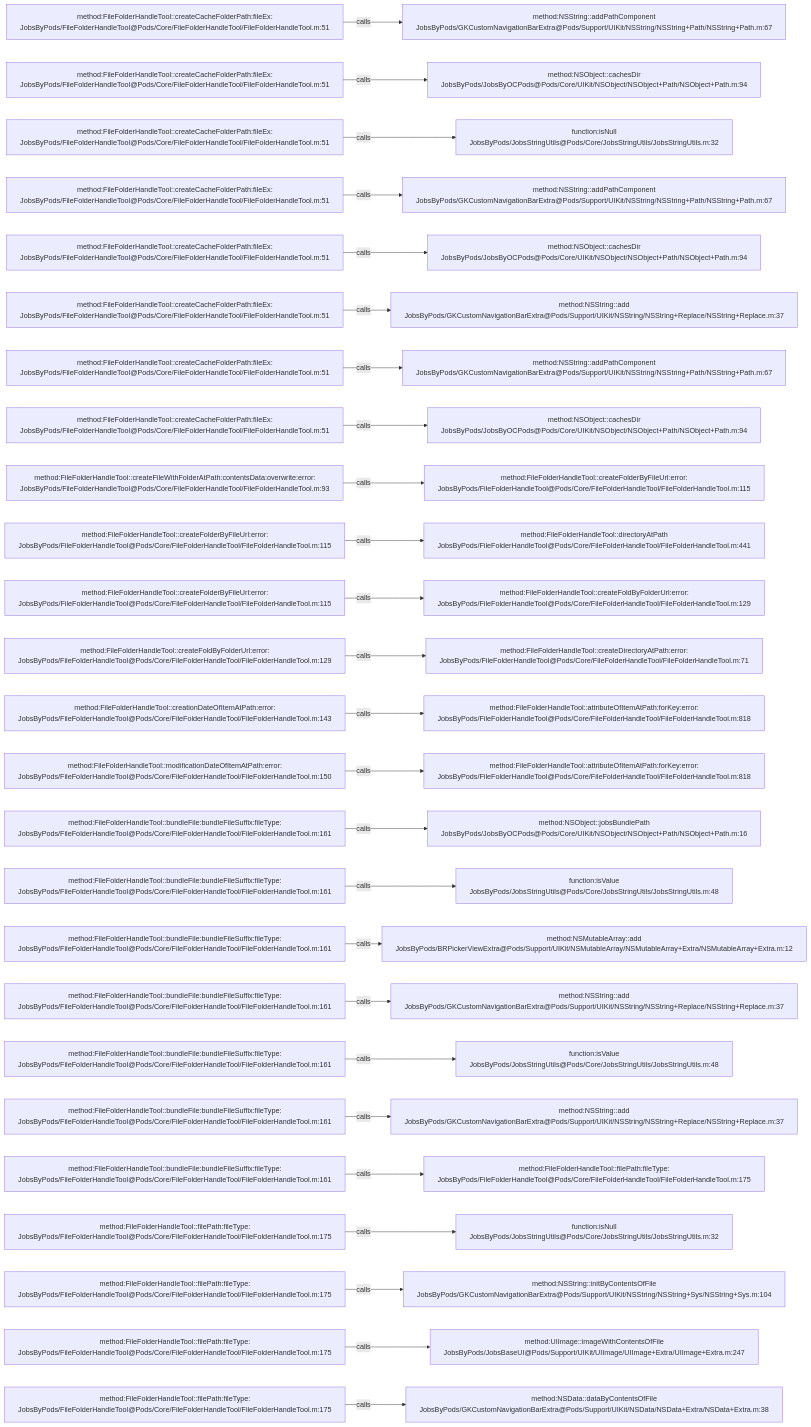
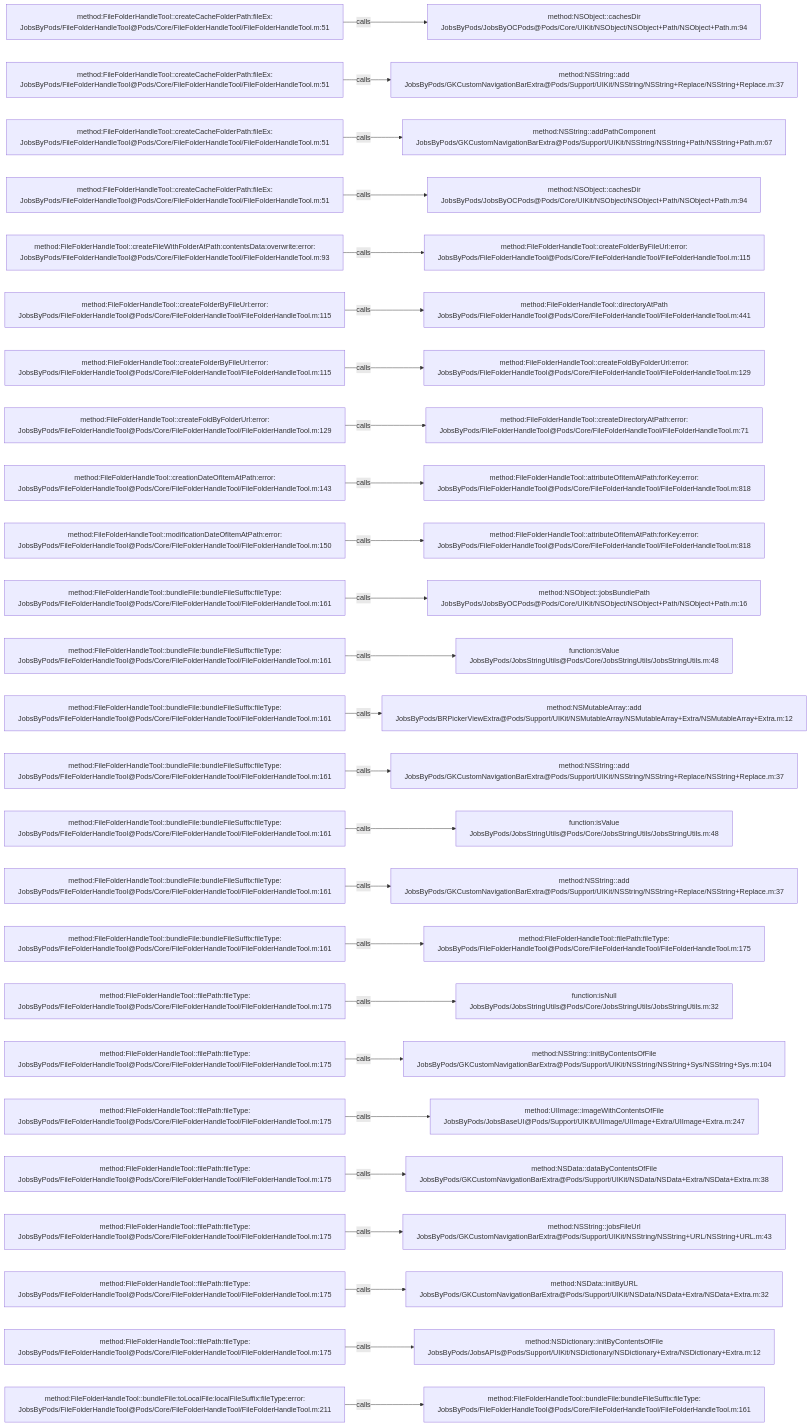
Before and after one commit to JobsKits/JobsOCBaseConfigDemo: the diagram in .codegraph/codegraph.md/graphs/calls-005.md, drawn with Mermaid. The commit also changed 223 other files, not shown here.

````diff
--- a/.codegraph/codegraph.md/graphs/calls-005.md
+++ b/.codegraph/codegraph.md/graphs/calls-005.md
@@ -13,78 +13,78 @@
 ```mermaid
 flowchart LR
   S1["method:FileFolderHandleTool::createCacheFolderPath:fileEx:<br/>JobsByPods/FileFolderHandleTool@Pods/Core/FileFolderHandleTool/FileFolderHandleTool.m:51"]
-  T1["method:NSString::addPathComponent<br/>JobsByPods/GKCustomNavigationBarExtra@Pods/Support/UIKit/NSString/NSString+Path/NSString+Path.m:67"]
+  T1["method:NSObject::cachesDir<br/>JobsByPods/JobsByOCPods@Pods/Core/UIKit/NSObject/NSObject+Path/NSObject+Path.m:94"]
   S1 -->|calls| T1
   S2["method:FileFolderHandleTool::createCacheFolderPath:fileEx:<br/>JobsByPods/FileFolderHandleTool@Pods/Core/FileFolderHandleTool/FileFolderHandleTool.m:51"]
-  T2["method:NSObject::cachesDir<br/>JobsByPods/JobsByOCPods@Pods/Core/UIKit/NSObject/NSObject+Path/NSObject+Path.m:94"]
+  T2["method:NSString::add<br/>JobsByPods/GKCustomNavigationBarExtra@Pods/Support/UIKit/NSString/NSString+Replace/NSString+Replace.m:37"]
   S2 -->|calls| T2
   S3["method:FileFolderHandleTool::createCacheFolderPath:fileEx:<br/>JobsByPods/FileFolderHandleTool@Pods/Core/FileFolderHandleTool/FileFolderHandleTool.m:51"]
-  T3["function:isNull<br/>JobsByPods/JobsStringUtils@Pods/Core/JobsStringUtils/JobsStringUtils.m:32"]
+  T3["method:NSString::addPathComponent<br/>JobsByPods/GKCustomNavigationBarExtra@Pods/Support/UIKit/NSString/NSString+Path/NSString+Path.m:67"]
   S3 -->|calls| T3
   S4["method:FileFolderHandleTool::createCacheFolderPath:fileEx:<br/>JobsByPods/FileFolderHandleTool@Pods/Core/FileFolderHandleTool/FileFolderHandleTool.m:51"]
-  T4["method:NSString::addPathComponent<br/>JobsByPods/GKCustomNavigationBarExtra@Pods/Support/UIKit/NSString/NSString+Path/NSString+Path.m:67"]
+  T4["method:NSObject::cachesDir<br/>JobsByPods/JobsByOCPods@Pods/Core/UIKit/NSObject/NSObject+Path/NSObject+Path.m:94"]
   S4 -->|calls| T4
-  S5["method:FileFolderHandleTool::createCacheFolderPath:fileEx:<br/>JobsByPods/FileFolderHandleTool@Pods/Core/FileFolderHandleTool/FileFolderHandleTool.m:51"]
-  T5["method:NSObject::cachesDir<br/>JobsByPods/JobsByOCPods@Pods/Core/UIKit/NSObject/NSObject+Path/NSObject+Path.m:94"]
+  S5["method:FileFolderHandleTool::createFileWithFolderAtPath:contentsData:overwrite:error:<br/>JobsByPods/FileFolderHandleTool@Pods/Core/FileFolderHandleTool/FileFolderHandleTool.m:93"]
+  T5["method:FileFolderHandleTool::createFolderByFileUrl:error:<br/>JobsByPods/FileFolderHandleTool@Pods/Core/FileFolderHandleTool/FileFolderHandleTool.m:115"]
   S5 -->|calls| T5
-  S6["method:FileFolderHandleTool::createCacheFolderPath:fileEx:<br/>JobsByPods/FileFolderHandleTool@Pods/Core/FileFolderHandleTool/FileFolderHandleTool.m:51"]
-  T6["method:NSString::add<br/>JobsByPods/GKCustomNavigationBarExtra@Pods/Support/UIKit/NSString/NSString+Replace/NSString+Replace.m:37"]
+  S6["method:FileFolderHandleTool::createFolderByFileUrl:error:<br/>JobsByPods/FileFolderHandleTool@Pods/Core/FileFolderHandleTool/FileFolderHandleTool.m:115"]
+  T6["method:FileFolderHandleTool::directoryAtPath<br/>JobsByPods/FileFolderHandleTool@Pods/Core/FileFolderHandleTool/FileFolderHandleTool.m:441"]
   S6 -->|calls| T6
-  S7["method:FileFolderHandleTool::createCacheFolderPath:fileEx:<br/>JobsByPods/FileFolderHandleTool@Pods/Core/FileFolderHandleTool/FileFolderHandleTool.m:51"]
-  T7["method:NSString::addPathComponent<br/>JobsByPods/GKCustomNavigationBarExtra@Pods/Support/UIKit/NSString/NSString+Path/NSString+Path.m:67"]
+  S7["method:FileFolderHandleTool::createFolderByFileUrl:error:<br/>JobsByPods/FileFolderHandleTool@Pods/Core/FileFolderHandleTool/FileFolderHandleTool.m:115"]
+  T7["method:FileFolderHandleTool::createFoldByFolderUrl:error:<br/>JobsByPods/FileFolderHandleTool@Pods/Core/FileFolderHandleTool/FileFolderHandleTool.m:129"]
   S7 -->|calls| T7
-  S8["method:FileFolderHandleTool::createCacheFolderPath:fileEx:<br/>JobsByPods/FileFolderHandleTool@Pods/Core/FileFolderHandleTool/FileFolderHandleTool.m:51"]
-  T8["method:NSObject::cachesDir<br/>JobsByPods/JobsByOCPods@Pods/Core/UIKit/NSObject/NSObject+Path/NSObject+Path.m:94"]
+  S8["method:FileFolderHandleTool::createFoldByFolderUrl:error:<br/>JobsByPods/FileFolderHandleTool@Pods/Core/FileFolderHandleTool/FileFolderHandleTool.m:129"]
+  T8["method:FileFolderHandleTool::createDirectoryAtPath:error:<br/>JobsByPods/FileFolderHandleTool@Pods/Core/FileFolderHandleTool/FileFolderHandleTool.m:71"]
   S8 -->|calls| T8
-  S9["method:FileFolderHandleTool::createFileWithFolderAtPath:contentsData:overwrite:error:<br/>JobsByPods/FileFolderHandleTool@Pods/Core/FileFolderHandleTool/FileFolderHandleTool.m:93"]
-  T9["method:FileFolderHandleTool::createFolderByFileUrl:error:<br/>JobsByPods/FileFolderHandleTool@Pods/Core/FileFolderHandleTool/FileFolderHandleTool.m:115"]
+  S9["method:FileFolderHandleTool::creationDateOfItemAtPath:error:<br/>JobsByPods/FileFolderHandleTool@Pods/Core/FileFolderHandleTool/FileFolderHandleTool.m:143"]
+  T9["method:FileFolderHandleTool::attributeOfItemAtPath:forKey:error:<br/>JobsByPods/FileFolderHandleTool@Pods/Core/FileFolderHandleTool/FileFolderHandleTool.m:818"]
   S9 -->|calls| T9
-  S10["method:FileFolderHandleTool::createFolderByFileUrl:error:<br/>JobsByPods/FileFolderHandleTool@Pods/Core/FileFolderHandleTool/FileFolderHandleTool.m:115"]
-  T10["method:FileFolderHandleTool::directoryAtPath<br/>JobsByPods/FileFolderHandleTool@Pods/Core/FileFolderHandleTool/FileFolderHandleTool.m:441"]
+  S10["method:FileFolderHandleTool::modificationDateOfItemAtPath:error:<br/>JobsByPods/FileFolderHandleTool@Pods/Core/FileFolderHandleTool/FileFolderHandleTool.m:150"]
+  T10["method:FileFolderHandleTool::attributeOfItemAtPath:forKey:error:<br/>JobsByPods/FileFolderHandleTool@Pods/Core/FileFolderHandleTool/FileFolderHandleTool.m:818"]
   S10 -->|calls| T10
-  S11["method:FileFolderHandleTool::createFolderByFileUrl:error:<br/>JobsByPods/FileFolderHandleTool@Pods/Core/FileFolderHandleTool/FileFolderHandleTool.m:115"]
-  T11["method:FileFolderHandleTool::createFoldByFolderUrl:error:<br/>JobsByPods/FileFolderHandleTool@Pods/Core/FileFolderHandleTool/FileFolderHandleTool.m:129"]
+  S11["method:FileFolderHandleTool::bundleFile:bundleFileSuffix:fileType:<br/>JobsByPods/FileFolderHandleTool@Pods/Core/FileFolderHandleTool/FileFolderHandleTool.m:161"]
+  T11["method:NSObject::jobsBundlePath<br/>JobsByPods/JobsByOCPods@Pods/Core/UIKit/NSObject/NSObject+Path/NSObject+Path.m:16"]
   S11 -->|calls| T11
-  S12["method:FileFolderHandleTool::createFoldByFolderUrl:error:<br/>JobsByPods/FileFolderHandleTool@Pods/Core/FileFolderHandleTool/FileFolderHandleTool.m:129"]
-  T12["method:FileFolderHandleTool::createDirectoryAtPath:error:<br/>JobsByPods/FileFolderHandleTool@Pods/Core/FileFolderHandleTool/FileFolderHandleTool.m:71"]
+  S12["method:FileFolderHandleTool::bundleFile:bundleFileSuffix:fileType:<br/>JobsByPods/FileFolderHandleTool@Pods/Core/FileFolderHandleTool/FileFolderHandleTool.m:161"]
+  T12["function:isValue<br/>JobsByPods/JobsStringUtils@Pods/Core/JobsStringUtils/JobsStringUtils.m:48"]
   S12 -->|calls| T12
-  S13["method:FileFolderHandleTool::creationDateOfItemAtPath:error:<br/>JobsByPods/FileFolderHandleTool@Pods/Core/FileFolderHandleTool/FileFolderHandleTool.m:143"]
-  T13["method:FileFolderHandleTool::attributeOfItemAtPath:forKey:error:<br/>JobsByPods/FileFolderHandleTool@Pods/Core/FileFolderHandleTool/FileFolderHandleTool.m:818"]
+  S13["method:FileFolderHandleTool::bundleFile:bundleFileSuffix:fileType:<br/>JobsByPods/FileFolderHandleTool@Pods/Core/FileFolderHandleTool/FileFolderHandleTool.m:161"]
+  T13["method:NSMutableArray::add<br/>JobsByPods/BRPickerViewExtra@Pods/Support/UIKit/NSMutableArray/NSMutableArray+Extra/NSMutableArray+Extra.m:12"]
   S13 -->|calls| T13
-  S14["method:FileFolderHandleTool::modificationDateOfItemAtPath:error:<br/>JobsByPods/FileFolderHandleTool@Pods/Core/FileFolderHandleTool/FileFolderHandleTool.m:150"]
-  T14["method:FileFolderHandleTool::attributeOfItemAtPath:forKey:error:<br/>JobsByPods/FileFolderHandleTool@Pods/Core/FileFolderHandleTool/FileFolderHandleTool.m:818"]
+  S14["method:FileFolderHandleTool::bundleFile:bundleFileSuffix:fileType:<br/>JobsByPods/FileFolderHandleTool@Pods/Core/FileFolderHandleTool/FileFolderHandleTool.m:161"]
+  T14["method:NSString::add<br/>JobsByPods/GKCustomNavigationBarExtra@Pods/Support/UIKit/NSString/NSString+Replace/NSString+Replace.m:37"]
   S14 -->|calls| T14
   S15["method:FileFolderHandleTool::bundleFile:bundleFileSuffix:fileType:<br/>JobsByPods/FileFolderHandleTool@Pods/Core/FileFolderHandleTool/FileFolderHandleTool.m:161"]
-  T15["method:NSObject::jobsBundlePath<br/>JobsByPods/JobsByOCPods@Pods/Core/UIKit/NSObject/NSObject+Path/NSObject+Path.m:16"]
+  T15["function:isValue<br/>JobsByPods/JobsStringUtils@Pods/Core/JobsStringUtils/JobsStringUtils.m:48"]
   S15 -->|calls| T15
   S16["method:FileFolderHandleTool::bundleFile:bundleFileSuffix:fileType:<br/>JobsByPods/FileFolderHandleTool@Pods/Core/FileFolderHandleTool/FileFolderHandleTool.m:161"]
-  T16["function:isValue<br/>JobsByPods/JobsStringUtils@Pods/Core/JobsStringUtils/JobsStringUtils.m:48"]
+  T16["method:NSString::add<br/>JobsByPods/GKCustomNavigationBarExtra@Pods/Support/UIKit/NSString/NSString+Replace/NSString+Replace.m:37"]
   S16 -->|calls| T16
   S17["method:FileFolderHandleTool::bundleFile:bundleFileSuffix:fileType:<br/>JobsByPods/FileFolderHandleTool@Pods/Core/FileFolderHandleTool/FileFolderHandleTool.m:161"]
-  T17["method:NSMutableArray::add<br/>JobsByPods/BRPickerViewExtra@Pods/Support/UIKit/NSMutableArray/NSMutableArray+Extra/NSMutableArray+Extra.m:12"]
+  T17["method:FileFolderHandleTool::filePath:fileType:<br/>JobsByPods/FileFolderHandleTool@Pods/Core/FileFolderHandleTool/FileFolderHandleTool.m:175"]
   S17 -->|calls| T17
-  S18["method:FileFolderHandleTool::bundleFile:bundleFileSuffix:fileType:<br/>JobsByPods/FileFolderHandleTool@Pods/Core/FileFolderHandleTool/FileFolderHandleTool.m:161"]
-  T18["method:NSString::add<br/>JobsByPods/GKCustomNavigationBarExtra@Pods/Support/UIKit/NSString/NSString+Replace/NSString+Replace.m:37"]
+  S18["method:FileFolderHandleTool::filePath:fileType:<br/>JobsByPods/FileFolderHandleTool@Pods/Core/FileFolderHandleTool/FileFolderHandleTool.m:175"]
+  T18["function:isNull<br/>JobsByPods/JobsStringUtils@Pods/Core/JobsStringUtils/JobsStringUtils.m:32"]
   S18 -->|calls| T18
-  S19["method:FileFolderHandleTool::bundleFile:bundleFileSuffix:fileType:<br/>JobsByPods/FileFolderHandleTool@Pods/Core/FileFolderHandleTool/FileFolderHandleTool.m:161"]
-  T19["function:isValue<br/>JobsByPods/JobsStringUtils@Pods/Core/JobsStringUtils/JobsStringUtils.m:48"]
+  S19["method:FileFolderHandleTool::filePath:fileType:<br/>JobsByPods/FileFolderHandleTool@Pods/Core/FileFolderHandleTool/FileFolderHandleTool.m:175"]
+  T19["method:NSString::initByContentsOfFile<br/>JobsByPods/GKCustomNavigationBarExtra@Pods/Support/UIKit/NSString/NSString+Sys/NSString+Sys.m:104"]
   S19 -->|calls| T19
-  S20["method:FileFolderHandleTool::bundleFile:bundleFileSuffix:fileType:<br/>JobsByPods/FileFolderHandleTool@Pods/Core/FileFolderHandleTool/FileFolderHandleTool.m:161"]
-  T20["method:NSString::add<br/>JobsByPods/GKCustomNavigationBarExtra@Pods/Support/UIKit/NSString/NSString+Replace/NSString+Replace.m:37"]
+  S20["method:FileFolderHandleTool::filePath:fileType:<br/>JobsByPods/FileFolderHandleTool@Pods/Core/FileFolderHandleTool/FileFolderHandleTool.m:175"]
+  T20["method:UIImage::imageWithContentsOfFile<br/>JobsByPods/JobsBaseUI@Pods/Support/UIKit/UIImage/UIImage+Extra/UIImage+Extra.m:247"]
   S20 -->|calls| T20
-  S21["method:FileFolderHandleTool::bundleFile:bundleFileSuffix:fileType:<br/>JobsByPods/FileFolderHandleTool@Pods/Core/FileFolderHandleTool/FileFolderHandleTool.m:161"]
-  T21["method:FileFolderHandleTool::filePath:fileType:<br/>JobsByPods/FileFolderHandleTool@Pods/Core/FileFolderHandleTool/FileFolderHandleTool.m:175"]
+  S21["method:FileFolderHandleTool::filePath:fileType:<br/>JobsByPods/FileFolderHandleTool@Pods/Core/FileFolderHandleTool/FileFolderHandleTool.m:175"]
+  T21["method:NSData::dataByContentsOfFile<br/>JobsByPods/GKCustomNavigationBarExtra@Pods/Support/UIKit/NSData/NSData+Extra/NSData+Extra.m:38"]
   S21 -->|calls| T21
   S22["method:FileFolderHandleTool::filePath:fileType:<br/>JobsByPods/FileFolderHandleTool@Pods/Core/FileFolderHandleTool/FileFolderHandleTool.m:175"]
-  T22["function:isNull<br/>JobsByPods/JobsStringUtils@Pods/Core/JobsStringUtils/JobsStringUtils.m:32"]
+  T22["method:NSString::jobsFileUrl<br/>JobsByPods/GKCustomNavigationBarExtra@Pods/Support/UIKit/NSString/NSString+URL/NSString+URL.m:43"]
   S22 -->|calls| T22
   S23["method:FileFolderHandleTool::filePath:fileType:<br/>JobsByPods/FileFolderHandleTool@Pods/Core/FileFolderHandleTool/FileFolderHandleTool.m:175"]
-  T23["method:NSString::initByContentsOfFile<br/>JobsByPods/GKCustomNavigationBarExtra@Pods/Support/UIKit/NSString/NSString+Sys/NSString+Sys.m:104"]
+  T23["method:NSData::initByURL<br/>JobsByPods/GKCustomNavigationBarExtra@Pods/Support/UIKit/NSData/NSData+Extra/NSData+Extra.m:32"]
   S23 -->|calls| T23
   S24["method:FileFolderHandleTool::filePath:fileType:<br/>JobsByPods/FileFolderHandleTool@Pods/Core/FileFolderHandleTool/FileFolderHandleTool.m:175"]
-  T24["method:UIImage::imageWithContentsOfFile<br/>JobsByPods/JobsBaseUI@Pods/Support/UIKit/UIImage/UIImage+Extra/UIImage+Extra.m:247"]
+  T24["method:NSDictionary::initByContentsOfFile<br/>JobsByPods/JobsAPIs@Pods/Support/UIKit/NSDictionary/NSDictionary+Extra/NSDictionary+Extra.m:12"]
   S24 -->|calls| T24
-  S25["method:FileFolderHandleTool::filePath:fileType:<br/>JobsByPods/FileFolderHandleTool@Pods/Core/FileFolderHandleTool/FileFolderHandleTool.m:175"]
-  T25["method:NSData::dataByContentsOfFile<br/>JobsByPods/GKCustomNavigationBarExtra@Pods/Support/UIKit/NSData/NSData+Extra/NSData+Extra.m:38"]
+  S25["method:FileFolderHandleTool::bundleFile:toLocalFile:localFileSuffix:fileType:error:<br/>JobsByPods/FileFolderHandleTool@Pods/Core/FileFolderHandleTool/FileFolderHandleTool.m:211"]
+  T25["method:FileFolderHandleTool::bundleFile:bundleFileSuffix:fileType:<br/>JobsByPods/FileFolderHandleTool@Pods/Core/FileFolderHandleTool/FileFolderHandleTool.m:161"]
   S25 -->|calls| T25
 ```
````
